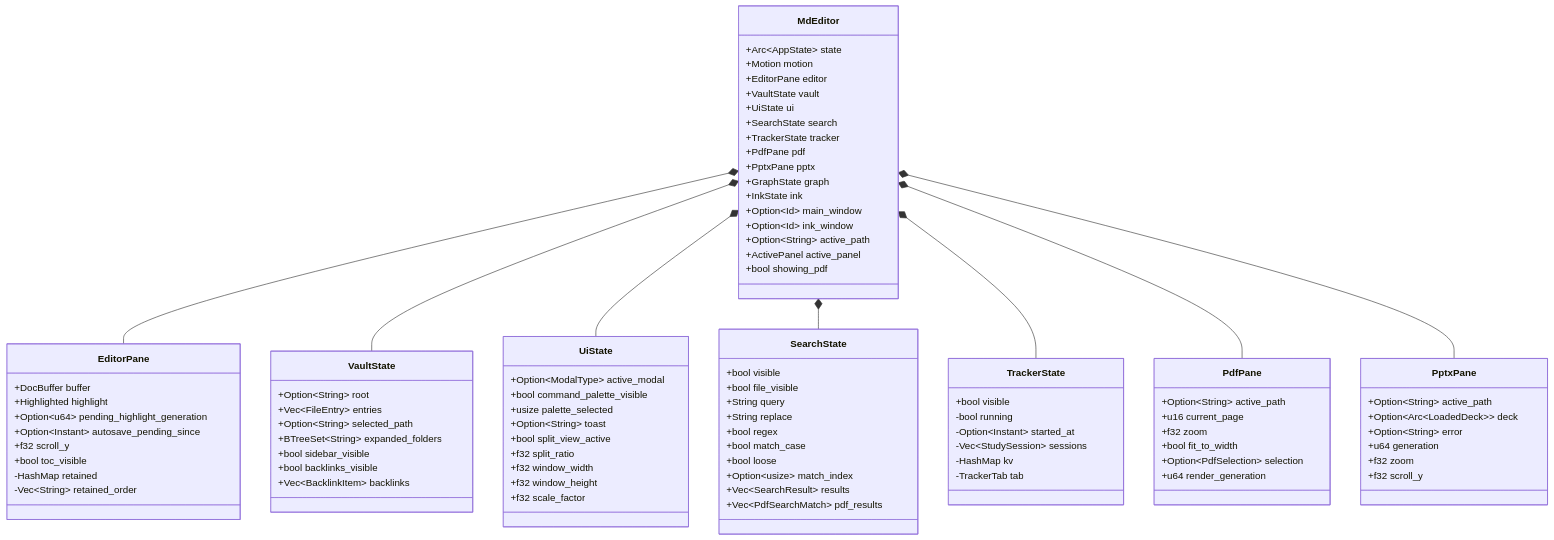
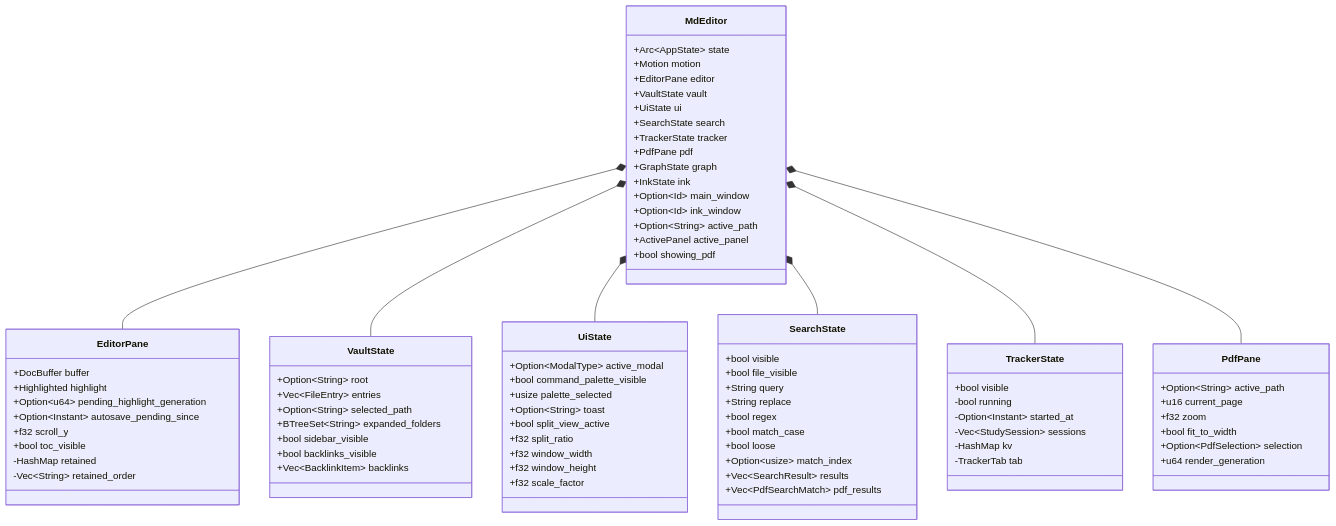
The second of 2 diagrams in wiki/Native-Desktop-GUI.md (Suranjan77/md-editor), drawn with Mermaid before and after one commit. The commit also changed other lines of this file and 137 other files, not shown here.

````diff
--- a/wiki/Native-Desktop-GUI.md
+++ b/wiki/Native-Desktop-GUI.md
@@ -110,7 +110,6 @@
         +SearchState search
         +TrackerState tracker
         +PdfPane pdf
-        +PptxPane pptx
         +GraphState graph
         +InkState ink
         +Option~Id~ main_window
@@ -177,14 +176,6 @@
         +Option~PdfSelection~ selection
         +u64 render_generation
     }
-    class PptxPane {
-        +Option~String~ active_path
-        +Option~Arc~LoadedDeck~~ deck
-        +Option~String~ error
-        +u64 generation
-        +f32 zoom
-        +f32 scroll_y
-    }
 
     MdEditor *-- EditorPane
     MdEditor *-- VaultState
@@ -192,5 +183,4 @@
     MdEditor *-- SearchState
     MdEditor *-- TrackerState
     MdEditor *-- PdfPane
-    MdEditor *-- PptxPane
 ```
````
